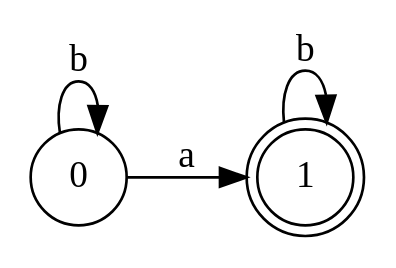
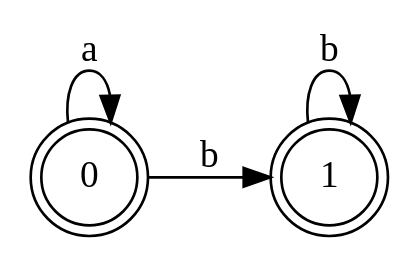
One commit to paulbelches/scannerAndParserGenerator changed the diagram in afdirect.gv. Above: the diagram before and after it, drawn with Graphviz. The commit also changed 10 other files, not shown here.

```diff
--- a/afdirect.gv
+++ b/afdirect.gv
@@ -1,13 +1,15 @@
 digraph finite_state_machine {
 	rankdir=LR size="8,5"
 	node [shape=doublecircle]
+	0
+
 	1
 
 	node [shape=circle]
-	0 -> 1 [label=a
+	0 -> 0 [label=a
 ]
-	0 -> 0 [label=b
+	0 -> 1 [label=b
 ]
 	1 -> 1 [label=b
 ]
 }
```
